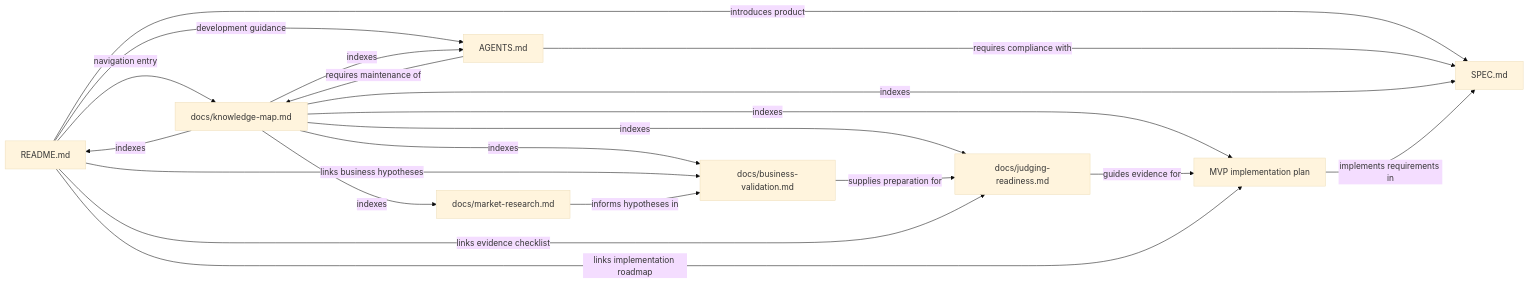
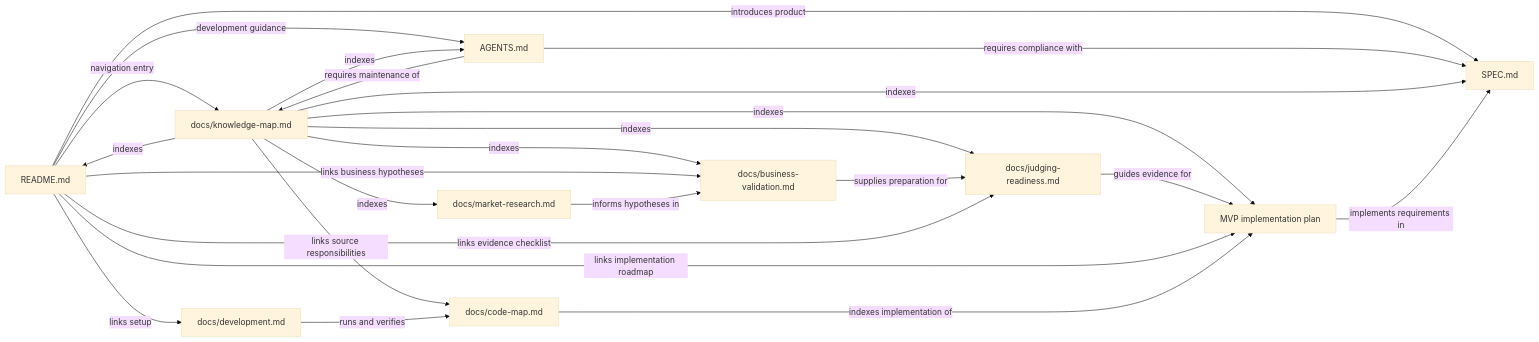
Before and after one commit to DuztyMusketear/Print_Assist: the diagram in docs/knowledge-map.md, drawn with Mermaid (base theme). The commit also changed other lines of this file and 44 other files, not shown here.

````diff
--- a/docs/knowledge-map.md
+++ b/docs/knowledge-map.md
@@ -11,22 +11,26 @@
 ```mermaid
 graph LR
     README["README.md"] -->|introduces product| SPEC["SPEC.md"]
     README -->|navigation entry| MAP["docs/knowledge-map.md"]
     README -->|development guidance| RULES["AGENTS.md"]
     RULES -->|requires compliance with| SPEC
     RULES -->|requires maintenance of| MAP
     MAP -->|indexes| README
     MAP -->|indexes| SPEC
     MAP -->|indexes| RULES
     PLAN["MVP implementation plan"] -->|implements requirements in| SPEC
     MAP -->|indexes| PLAN
     JUDGING["docs/judging-readiness.md"] -->|guides evidence for| PLAN
     MAP -->|indexes| JUDGING
     BUSINESS["docs/business-validation.md"] -->|supplies preparation for| JUDGING
     MAP -->|indexes| BUSINESS
     README -->|links implementation roadmap| PLAN
     README -->|links evidence checklist| JUDGING
     README -->|links business hypotheses| BUSINESS
     RESEARCH["docs/market-research.md"] -->|informs hypotheses in| BUSINESS
     MAP -->|indexes| RESEARCH
+    CODE["docs/code-map.md"] -->|indexes implementation of| PLAN
+    MAP -->|links source responsibilities| CODE
+    DEV["docs/development.md"] -->|runs and verifies| CODE
+    README -->|links setup| DEV
 ```
````
